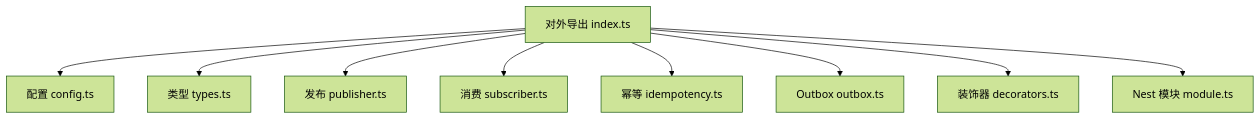
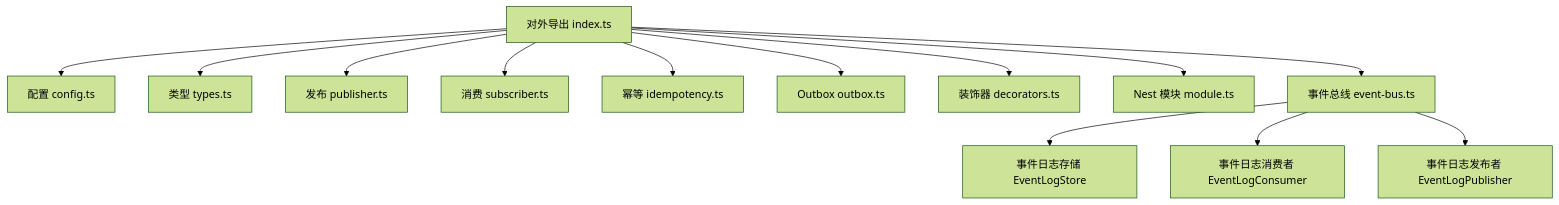
The first of 11 diagrams in .qoder/repowiki/zh/content/公共包文档/消息队列包 (@agri_mq).md (q446328246/agri-platform), drawn with Mermaid (forest theme) before and after one commit. The commit also changed other lines of this file and 84 other files, not shown here.

````diff
--- a/.qoder/repowiki/zh/content/公共包文档/消息队列包 (@agri_mq).md
+++ b/.qoder/repowiki/zh/content/公共包文档/消息队列包 (@agri_mq).md
@@ -50,11 +62,15 @@
 ```mermaid
 graph TB
 A["对外导出 index.ts"] --> B["配置 config.ts"]
 A --> C["类型 types.ts"]
 A --> D["发布 publisher.ts"]
 A --> E["消费 subscriber.ts"]
 A --> F["幂等 idempotency.ts"]
 A --> G["Outbox outbox.ts"]
 A --> H["装饰器 decorators.ts"]
 A --> I["Nest 模块 module.ts"]
+A --> J["事件总线 event-bus.ts"]
+J --> K["事件日志存储 EventLogStore"]
+J --> L["事件日志消费者 EventLogConsumer"]
+J --> M["事件日志发布者 EventLogPublisher"]
 ```
````
